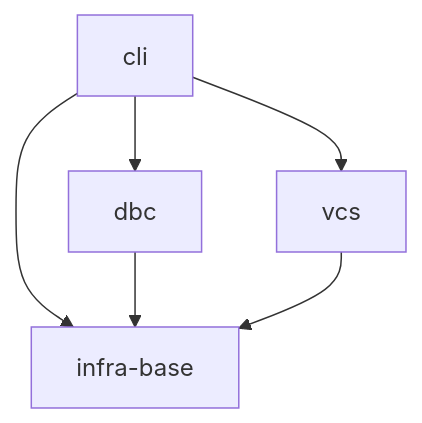
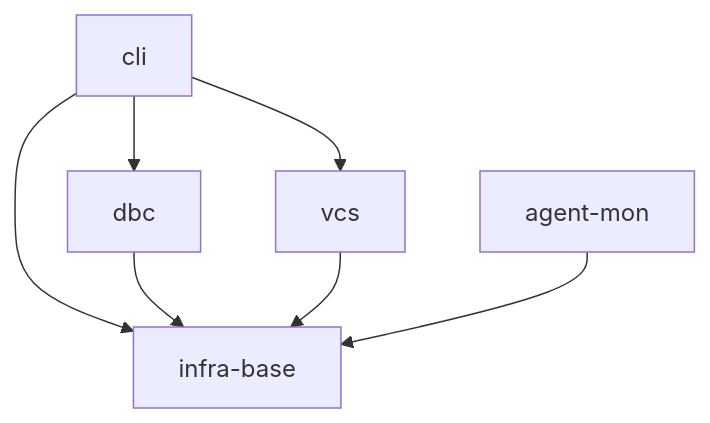
One commit to RubaXa/gennady changed the diagram in specs/README.md. Above: the diagram before and after it, drawn with Mermaid. The commit also changed other lines of this file and 15 other files, not shown here.

First line of the commit message:
feat(agent-mon): scope spec, module decomposition, and 7 task tickets

````diff
--- a/specs/README.md
+++ b/specs/README.md
@@ -9,8 +9,9 @@
 ```mermaid
 graph TD
     cli --> dbc
     cli --> infra-base
     cli --> vcs
     dbc --> infra-base
     vcs --> infra-base
+    agent-mon --> infra-base
 ```
````
